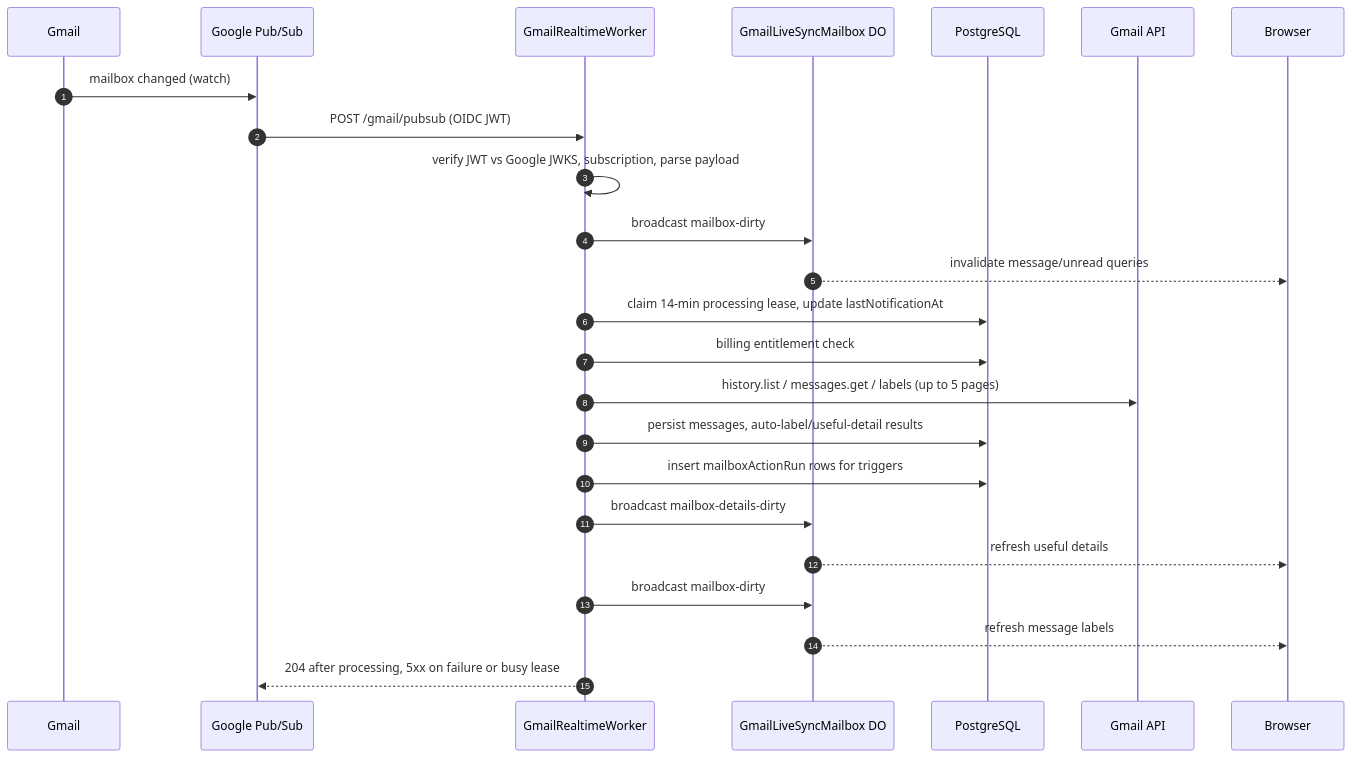
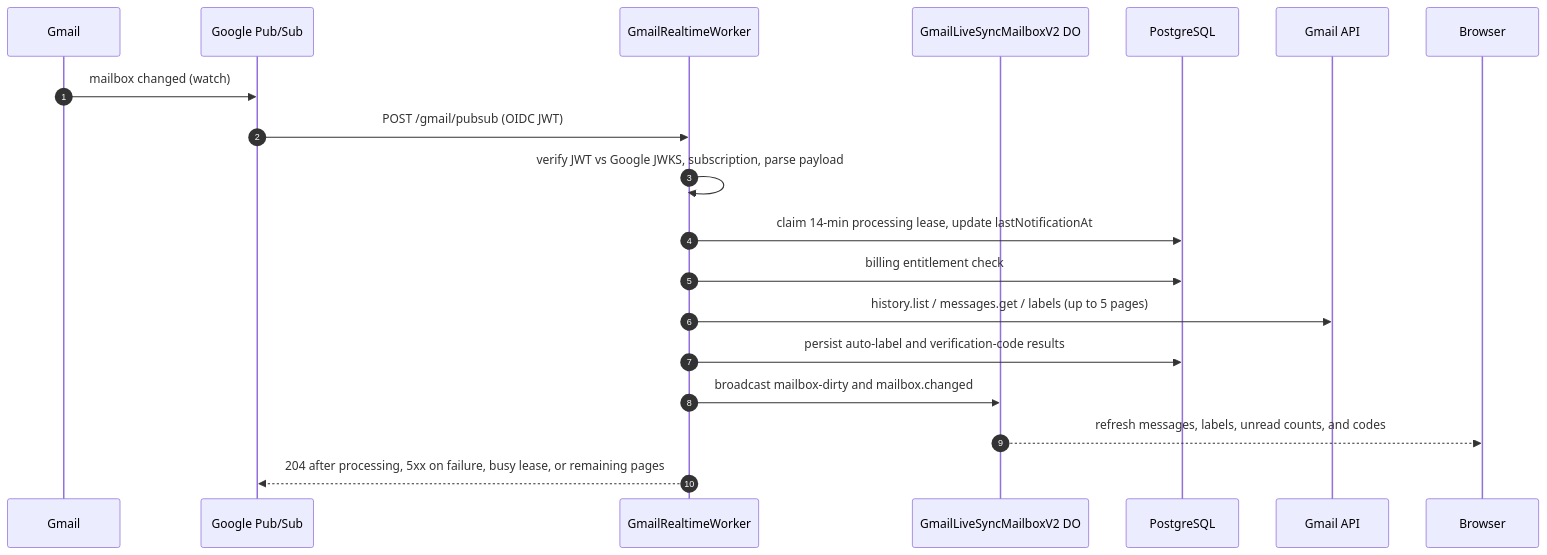
The second of 6 diagrams in docs/infrastructure-map.md (quieter-email/quieter), drawn with Mermaid before and after one commit. The commit also changed other lines of this file and 735 other files, not shown here.

````diff
--- a/docs/infrastructure-map.md
+++ b/docs/infrastructure-map.md
@@ -176,27 +153,22 @@
 ```mermaid
 sequenceDiagram
     autonumber
     participant G as Gmail
     participant P as Google Pub/Sub
     participant W as GmailRealtimeWorker
-    participant D as GmailLiveSyncMailbox DO
+    participant D as GmailLiveSyncMailboxV2 DO
     participant DB as PostgreSQL
     participant A as Gmail API
     participant B as Browser
 
     G->>P: mailbox changed (watch)
     P->>W: POST /gmail/pubsub (OIDC JWT)
     W->>W: verify JWT vs Google JWKS, subscription, parse payload
-    W->>D: broadcast mailbox-dirty
-    D-->>B: invalidate message/unread queries
     W->>DB: claim 14-min processing lease, update lastNotificationAt
     W->>DB: billing entitlement check
     W->>A: history.list / messages.get / labels (up to 5 pages)
-    W->>DB: persist messages, auto-label/useful-detail results
-    W->>DB: insert mailboxActionRun rows for triggers
-    W->>D: broadcast mailbox-details-dirty
-    D-->>B: refresh useful details
-    W->>D: broadcast mailbox-dirty
-    D-->>B: refresh message labels
-    W-->>P: 204 after processing, 5xx on failure or busy lease
+    W->>DB: persist auto-label and verification-code results
+    W->>D: broadcast mailbox-dirty and mailbox.changed
+    D-->>B: refresh messages, labels, unread counts, and codes
+    W-->>P: 204 after processing, 5xx on failure, busy lease, or remaining pages
 ```
````
